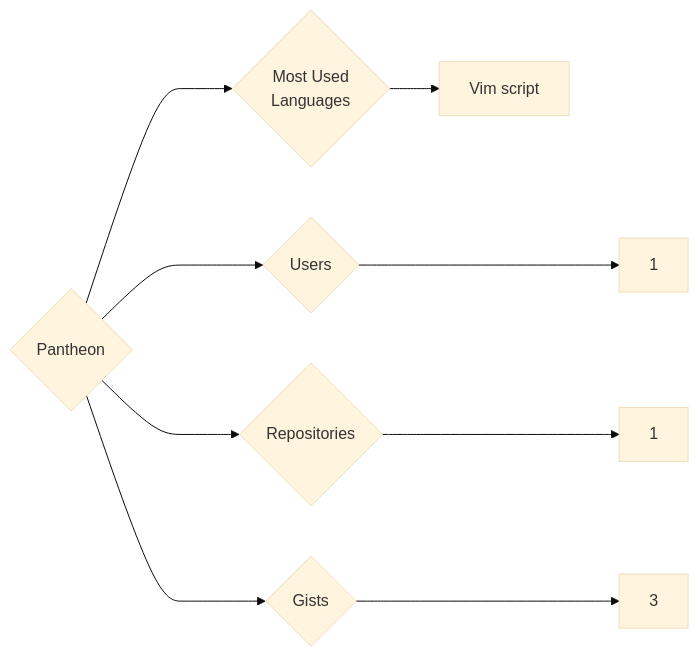
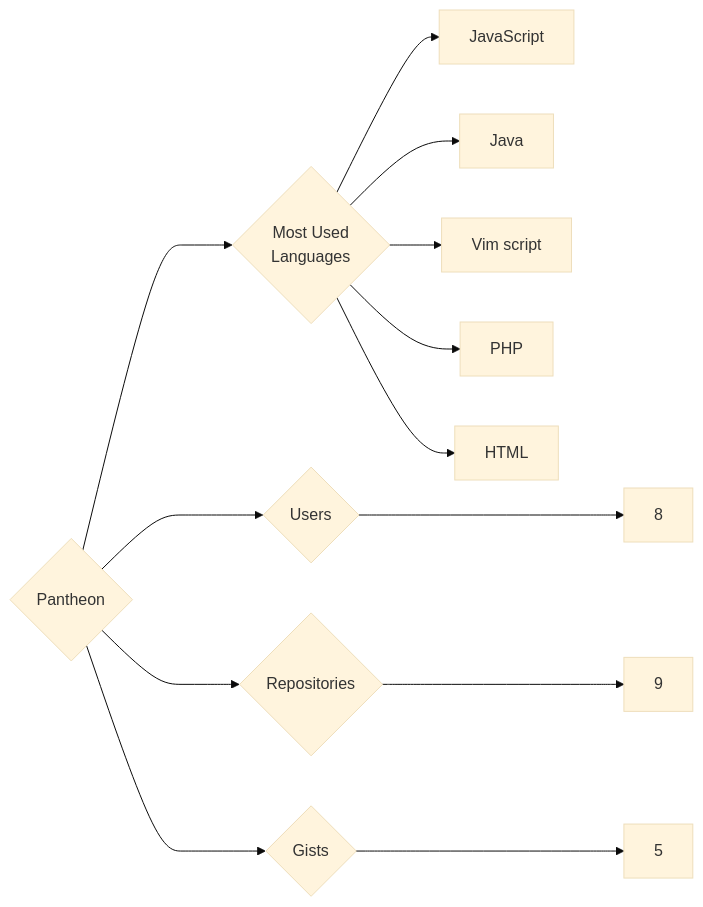
One commit to trickest/insiders changed the diagram in targets/Pantheon/README.md. Above: the diagram before and after it, drawn with Mermaid (base theme). The commit also changed 948 other files, not shown here.

````diff
--- a/targets/Pantheon/README.md
+++ b/targets/Pantheon/README.md
@@ -3,9 +3,13 @@
 ```mermaid
 graph LR
 COMPANY_NAME{Pantheon}
-COMPANY_NAME ---> U{Users} ---> UN[1]
-COMPANY_NAME ---> R{Repositories} ---> RN[1]
-COMPANY_NAME ---> G{Gists} ---> GN[3]
+COMPANY_NAME ---> U{Users} ---> UN[8]
+COMPANY_NAME ---> R{Repositories} ---> RN[9]
+COMPANY_NAME ---> G{Gists} ---> GN[5]
 COMPANY_NAME ---> ML{Most Used<br>Languages}
+ML --> JavaScript[JavaScript]
+ML --> Java[Java]
 ML --> Vim_script[Vim script]
+ML --> PHP[PHP]
+ML --> HTML[HTML]
 ```
````
